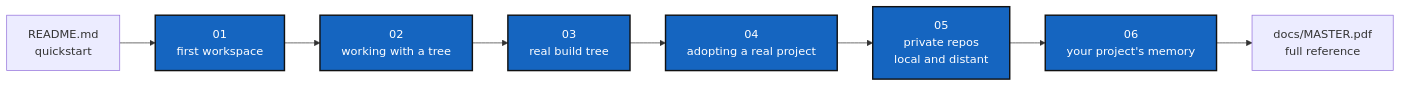
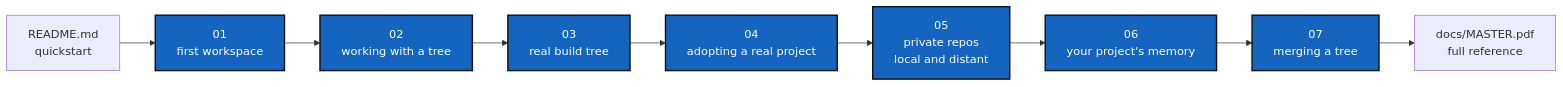
One commit to flipoyo/ComplexGitSync changed the diagram in tutorials/README.md. Above: the diagram before and after it, drawn with Mermaid. The commit also changed other lines of this file and 18 other files, not shown here.

````diff
--- a/tutorials/README.md
+++ b/tutorials/README.md
@@ -27,13 +27,14 @@
 ```mermaid
 graph LR
     README["README.md<br/>quickstart"] --> T1["01<br/>first workspace"]
     T1 --> T2["02<br/>working with a tree"]
     T2 --> T3["03<br/>real build tree"]
     T3 --> T4["04<br/>adopting a real project"]
     T4 --> T5["05<br/>private repos<br/>local and distant"]
     T5 --> T6["06<br/>your project's memory"]
-    T6 --> REF["docs/MASTER.pdf<br/>full reference"]
+    T6 --> T7["07<br/>merging a tree"]
+    T7 --> REF["docs/MASTER.pdf<br/>full reference"]
 
     classDef here fill:#1565C0,color:#fff,stroke:#111,stroke-width:2px;
-    class T1,T2,T3,T4,T5,T6 here;
+    class T1,T2,T3,T4,T5,T6,T7 here;
 ```
````
